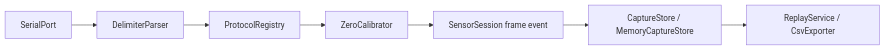
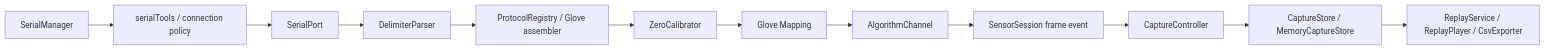
Before and after one commit to liudada118/shroomSDK: the first of 3 diagrams in ARCHITECTURE.md, drawn with Mermaid. The commit also changed other lines of this file and 45 other files, not shown here.

````diff
--- a/ARCHITECTURE.md
+++ b/ARCHITECTURE.md
@@ -44,9 +50,14 @@
 ```mermaid
 flowchart LR
-  A["SerialPort"] --> B["DelimiterParser"]
-  B --> C["ProtocolRegistry"]
+  M["SerialManager"] --> T["serialTools / connection policy"]
+  T --> A["SerialPort"]
+  A --> B["DelimiterParser"]
+  B --> C["ProtocolRegistry / Glove assembler"]
   C --> D["ZeroCalibrator"]
-  D --> E["SensorSession frame event"]
-  E --> F["CaptureStore / MemoryCaptureStore"]
-  F --> G["ReplayService / CsvExporter"]
+  D --> H["Glove Mapping"]
+  H --> J["AlgorithmChannel"]
+  J --> E["SensorSession frame event"]
+  E --> I["CaptureController"]
+  I --> F["CaptureStore / MemoryCaptureStore"]
+  F --> G["ReplayService / ReplayPlayer / CsvExporter"]
 ```
````
